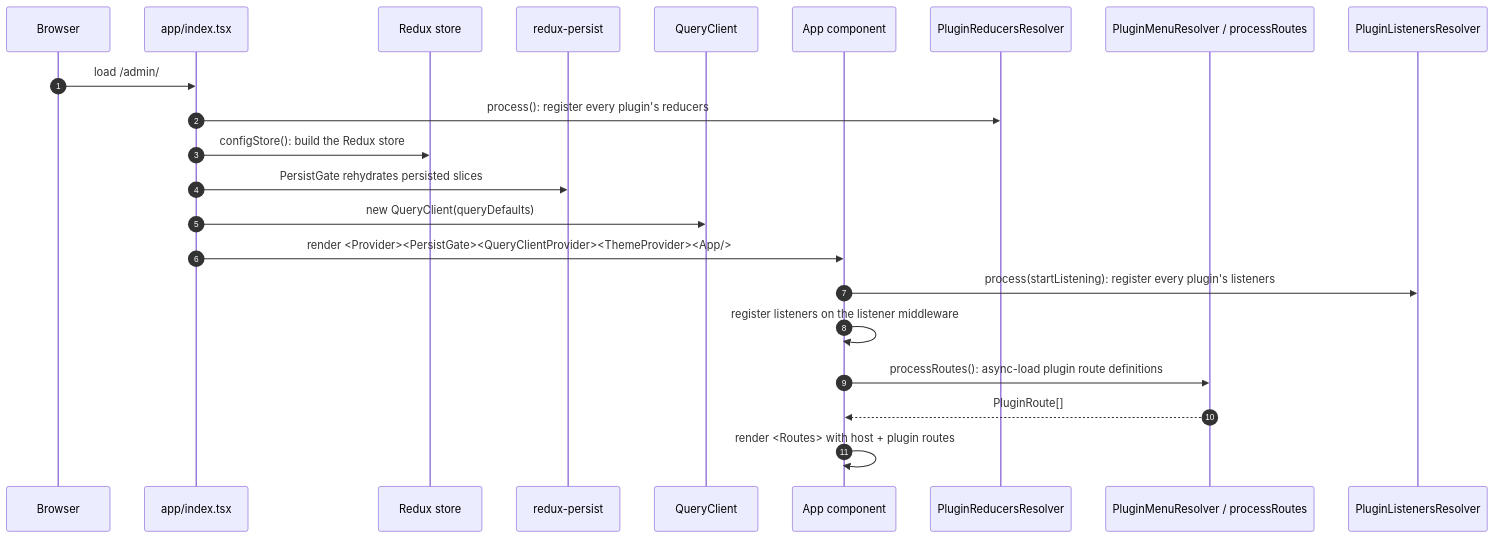
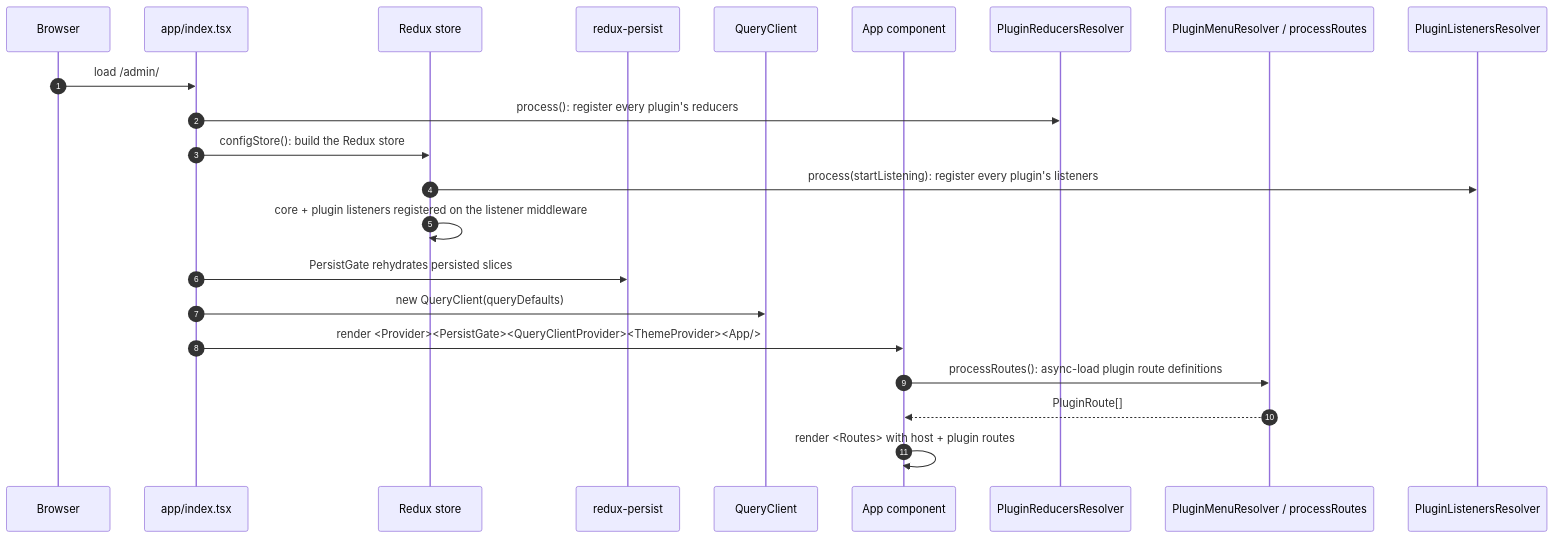
Before and after one commit to GluuFederation/flex: the second of 2 diagrams in admin-ui/docs/architecture.md, drawn with Mermaid. The commit also changed other lines of this file and 6 other files, not shown here.

````diff
--- a/admin-ui/docs/architecture.md
+++ b/admin-ui/docs/architecture.md
@@ -52,25 +52,25 @@
 ```mermaid
 sequenceDiagram
     autonumber
     participant Browser as Browser
     participant Entry as app/index.tsx
     participant Store as Redux store
     participant Persistor as redux-persist
     participant QC as QueryClient
     participant App as App component
     participant Reducers as PluginReducersResolver
     participant Routes as PluginMenuResolver / processRoutes
     participant Listeners as PluginListenersResolver
 
     Browser->>Entry: load /admin/
     Entry->>Reducers: process(): register every plugin's reducers
     Entry->>Store: configStore(): build the Redux store
+    Store->>Listeners: process(startListening): register every plugin's listeners
+    Store->>Store: core + plugin listeners registered on the listener middleware
     Entry->>Persistor: PersistGate rehydrates persisted slices
     Entry->>QC: new QueryClient(queryDefaults)
     Entry->>App: render <Provider><PersistGate><QueryClientProvider><ThemeProvider><App/>
-    App->>Listeners: process(startListening): register every plugin's listeners
-    App->>App: register listeners on the listener middleware
     App->>Routes: processRoutes(): async-load plugin route definitions
     Routes-->>App: PluginRoute[]
     App->>App: render <Routes> with host + plugin routes
 ```
````
